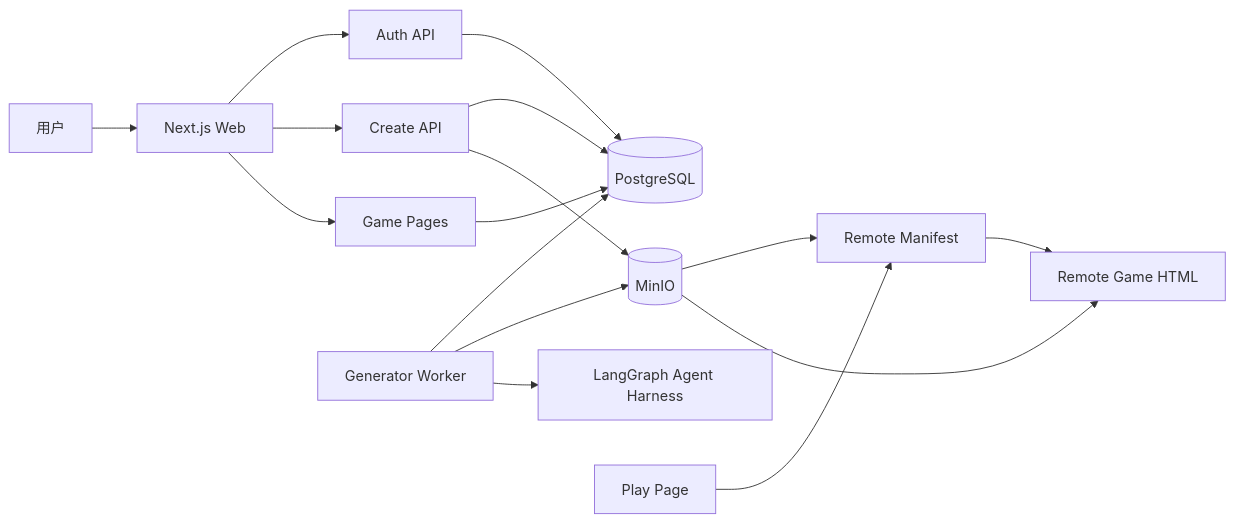
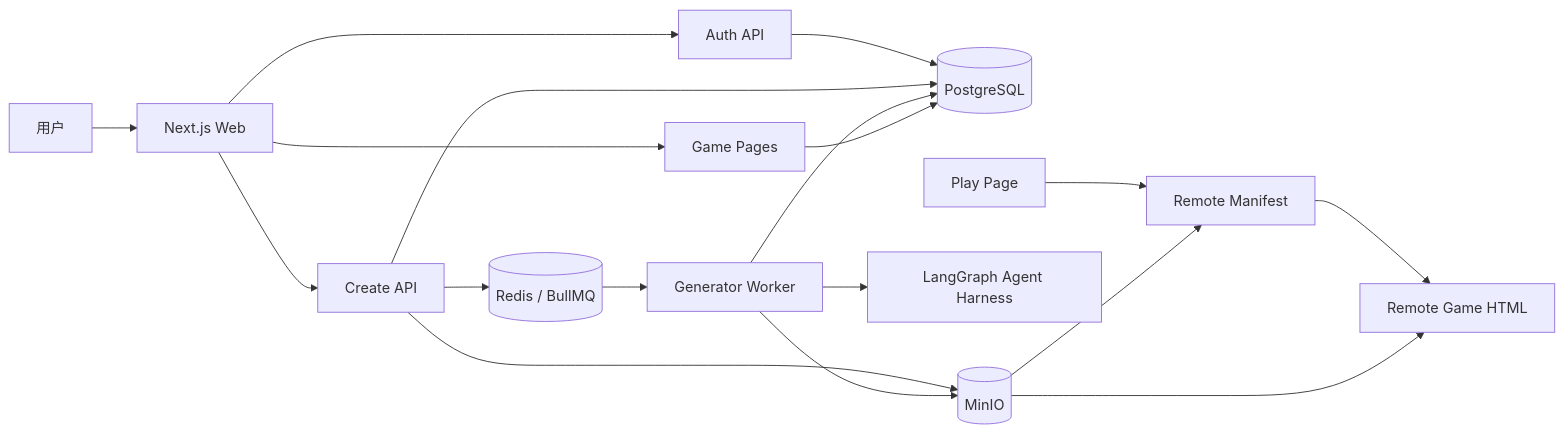
One commit to 7patrix/AI-Naive-Game-MVP changed the diagram in docs/system-design.md. Above: the diagram before and after it, drawn with Mermaid. The commit also changed other lines of this file and 26 other files, not shown here.

````diff
--- a/docs/system-design.md
+++ b/docs/system-design.md
@@ -28,18 +28,20 @@
 ```mermaid
 flowchart LR
   user[用户] --> web[Next.js Web]
   web --> auth[Auth API]
   web --> create[Create API]
   web --> gameApi[Game Pages]
   auth --> db[(PostgreSQL)]
   create --> db
+  create --> queue[(Redis / BullMQ)]
   create --> storage[(MinIO)]
+  queue --> worker[Generator Worker]
   worker[Generator Worker] --> db
   worker --> storage
   worker --> agents[LangGraph Agent Harness]
   gameApi --> db
   play[Play Page] --> manifest[Remote Manifest]
   manifest --> bundle[Remote Game HTML]
   storage --> manifest
   storage --> bundle
 ```
````
